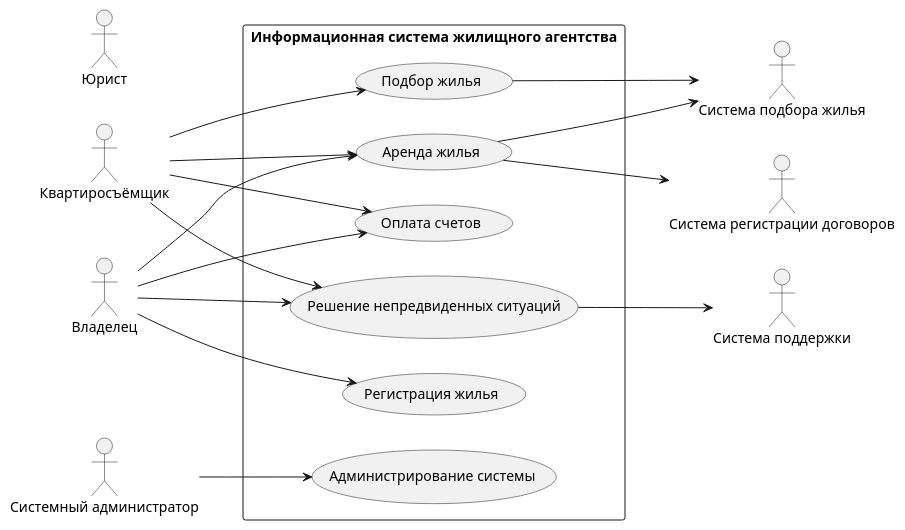
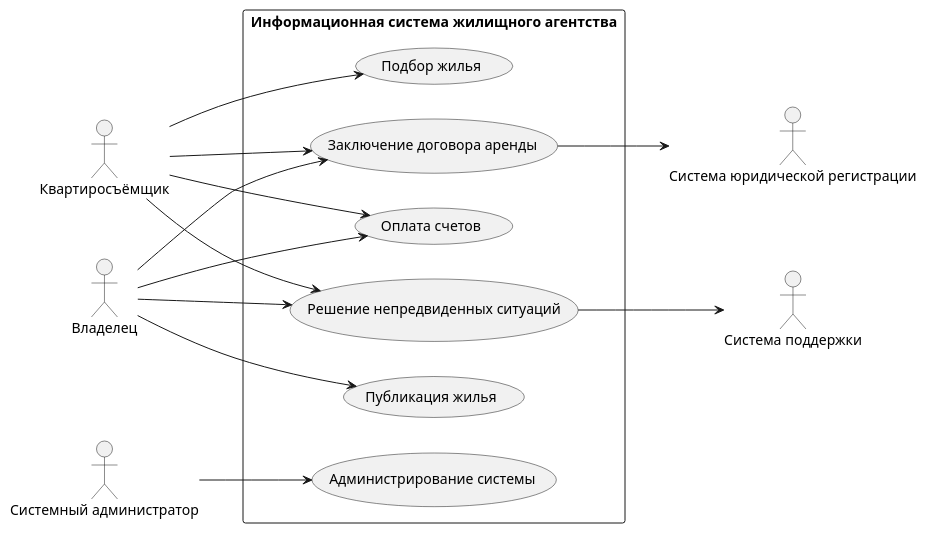
The diagram in Diagrama_precedent.md (penamarth/bsbo-01-22_team4_var8), drawn with PlantUML before and after one commit.

````diff
--- a/Diagrama_precedent.md
+++ b/Diagrama_precedent.md
@@ -1,43 +1,39 @@
 ```plantuml
 @startuml
 skinparam packageStyle rect
 left to right direction
 
 :Квартиросъёмщик:
 :Владелец:
 :Системный администратор:
-:Юрист:
 
 package "Информационная система жилищного агентства" {
 (Оплата счетов)
 (Подбор жилья)
-(Регистрация жилья)
-(Аренда жилья)
+(Публикация жилья)
+(Заключение договора аренды)
 (Администрирование системы)
 (Решение непредвиденных ситуаций)
 }
 
 :Квартиросъёмщик: --> (Подбор жилья)
-:Квартиросъёмщик: --> (Аренда жилья)
+:Квартиросъёмщик: --> (Заключение договора аренды)
 :Квартиросъёмщик: --> (Оплата счетов)
 
-:Владелец: --> (Регистрация жилья)
-:Владелец: --> (Аренда жилья)
+:Владелец: --> (Публикация жилья)
+:Владелец: --> (Заключение договора аренды)
 :Владелец: --> (Оплата счетов)
 
 :Системный администратор: --> (Администрирование системы)
 
 :Владелец: --> (Решение непредвиденных ситуаций)
 :Квартиросъёмщик: --> (Решение непредвиденных ситуаций)
 
-:Система регистрации договоров:
-:Система подбора жилья:
+:Система юридической регистрации:
 :Система поддержки:
 
-(Подбор жилья) --> :Система подбора жилья:
 (Решение непредвиденных ситуаций) --> :Система поддержки:
-(Аренда жилья) --> :Система подбора жилья:
-(Аренда жилья) --> :Система регистрации договоров:
+(Заключение договора аренды) --> :Система юридической регистрации:
 
 @enduml
 ```
````
